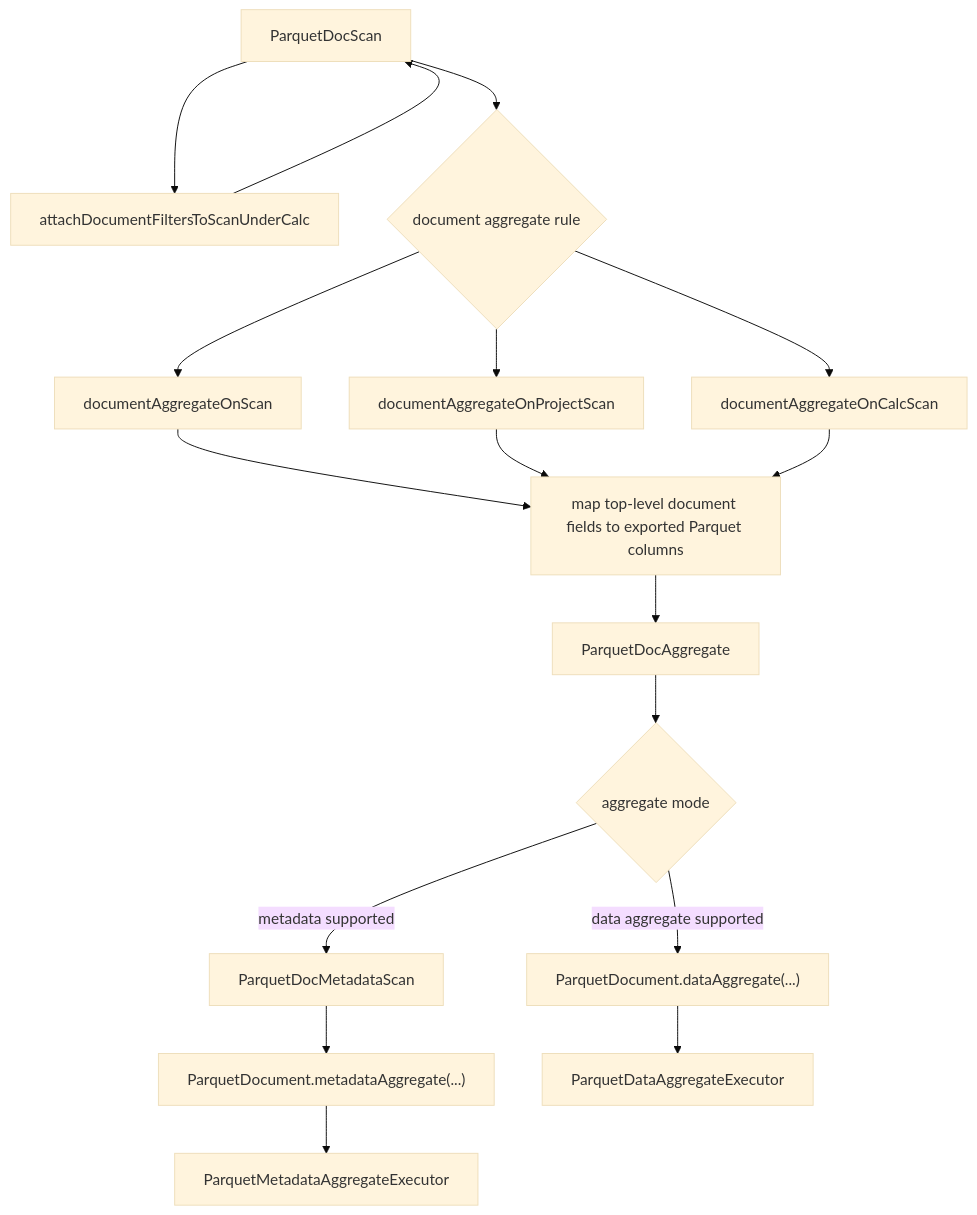
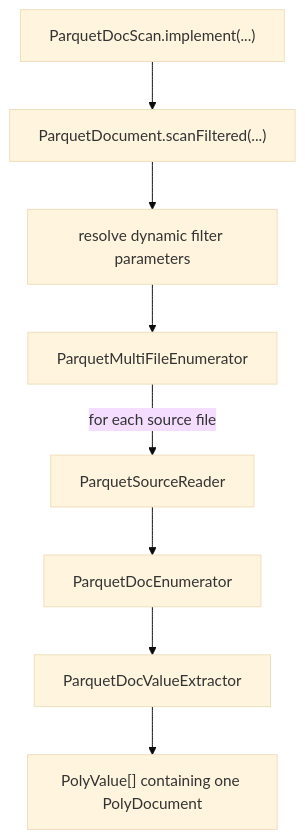
Before and after one commit to polypheny/Polypheny-DB: the sixth of 6 diagrams in plugins/parquet-adapter/docs/rel_execution_flows.md, drawn with Mermaid (base theme). The commit also changed other lines of this file and 18 other files, not shown here.

````diff
--- a/plugins/parquet-adapter/docs/rel_execution_flows.md
+++ b/plugins/parquet-adapter/docs/rel_execution_flows.md
@@ -208,29 +136,15 @@
 ```mermaid
 flowchart TD
-    scan["ParquetDocScan"]
-    filterRule["attachDocumentFiltersToScanUnderCalc"]
-    aggregateRules{"document aggregate rule"}
-    aggregateOnScan["documentAggregateOnScan"]
-    aggregateOnProject["documentAggregateOnProjectScan"]
-    aggregateOnCalc["documentAggregateOnCalcScan"]
-    fieldMapping["map top-level document fields to exported Parquet columns"]
-    aggregateNode["ParquetDocAggregate"]
-    mode{"aggregate mode"}
-    metadataScan["ParquetDocMetadataScan"]
-    metadataRuntime["ParquetDocument.metadataAggregate(...)"]
-    dataRuntime["ParquetDocument.dataAggregate(...)"]
-    sharedMetadata["ParquetMetadataAggregateExecutor"]
-    sharedData["ParquetDataAggregateExecutor"]
+    plan["ParquetDocScan.implement(...)"]
+    scan["ParquetDocument.scanFiltered(...)"]
+    resolveDynamic["resolve dynamic filter parameters"]
+    multiFile["ParquetMultiFileEnumerator"]
+    reader["ParquetSourceReader"]
+    docEnum["ParquetDocEnumerator"]
+    extractor["ParquetDocValueExtractor"]
+    row["PolyValue[] containing one PolyDocument"]
 
-    scan --> filterRule --> scan
-    scan --> aggregateRules
-    aggregateRules --> aggregateOnScan
-    aggregateRules --> aggregateOnProject
-    aggregateRules --> aggregateOnCalc
-    aggregateOnScan --> fieldMapping
-    aggregateOnProject --> fieldMapping
-    aggregateOnCalc --> fieldMapping
-    fieldMapping --> aggregateNode --> mode
-    mode -->|"metadata supported"| metadataScan --> metadataRuntime --> sharedMetadata
-    mode -->|"data aggregate supported"| dataRuntime --> sharedData
+    plan --> scan --> resolveDynamic --> multiFile
+    multiFile -->|"for each source file"| reader
+    reader --> docEnum --> extractor --> row
 ```
````
